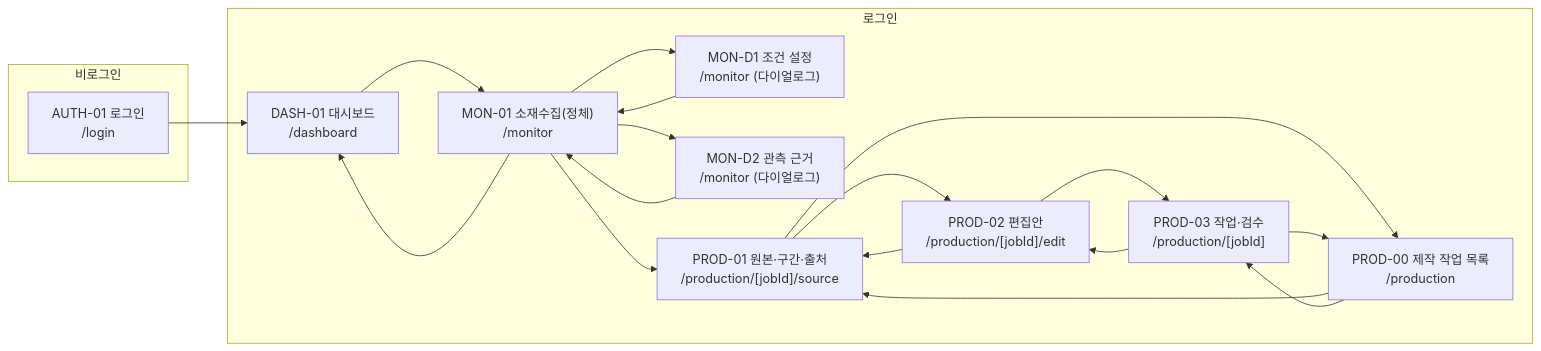
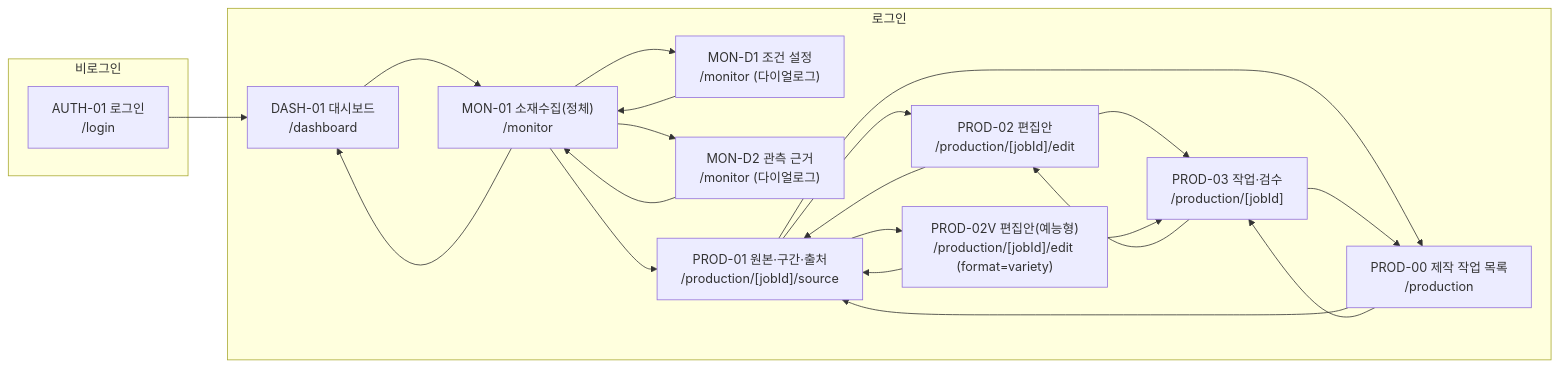
Before and after one commit to DevOps0906/Nomadroom-Studio: the diagram in docs/diagrams/sitemap.mmd, drawn with Mermaid. The commit also changed 32 other files, not shown here.

```diff
--- a/docs/diagrams/sitemap.mmd
+++ b/docs/diagrams/sitemap.mmd
@@ -1,30 +1,34 @@
 flowchart LR
   subgraph g0["비로그인"]
     n_AUTH_01["AUTH-01 로그인<br/>/login"]
   end
   subgraph g1["로그인"]
     n_DASH_01["DASH-01 대시보드<br/>/dashboard"]
     n_MON_01["MON-01 소재수집(정체)<br/>/monitor"]
     n_MON_D1["MON-D1 조건 설정<br/>/monitor (다이얼로그)"]
     n_MON_D2["MON-D2 관측 근거<br/>/monitor (다이얼로그)"]
     n_PROD_00["PROD-00 제작 작업 목록<br/>/production"]
     n_PROD_01["PROD-01 원본·구간·출처<br/>/production/[jobId]/source"]
     n_PROD_02["PROD-02 편집안<br/>/production/[jobId]/edit"]
+    n_PROD_02V["PROD-02V 편집안(예능형)<br/>/production/[jobId]/edit (format=variety)"]
     n_PROD_03["PROD-03 작업·검수<br/>/production/[jobId]"]
   end
   n_AUTH_01 --> n_DASH_01
   n_DASH_01 --> n_MON_01
   n_MON_01 --> n_MON_D1
   n_MON_01 --> n_MON_D2
   n_MON_01 --> n_DASH_01
   n_MON_01 --> n_PROD_01
   n_MON_D1 --> n_MON_01
   n_MON_D2 --> n_MON_01
   n_PROD_00 --> n_PROD_01
   n_PROD_00 --> n_PROD_03
   n_PROD_01 --> n_PROD_02
+  n_PROD_01 --> n_PROD_02V
   n_PROD_01 --> n_PROD_00
   n_PROD_02 --> n_PROD_03
   n_PROD_02 --> n_PROD_01
+  n_PROD_02V --> n_PROD_03
+  n_PROD_02V --> n_PROD_01
   n_PROD_03 --> n_PROD_02
   n_PROD_03 --> n_PROD_00
```
